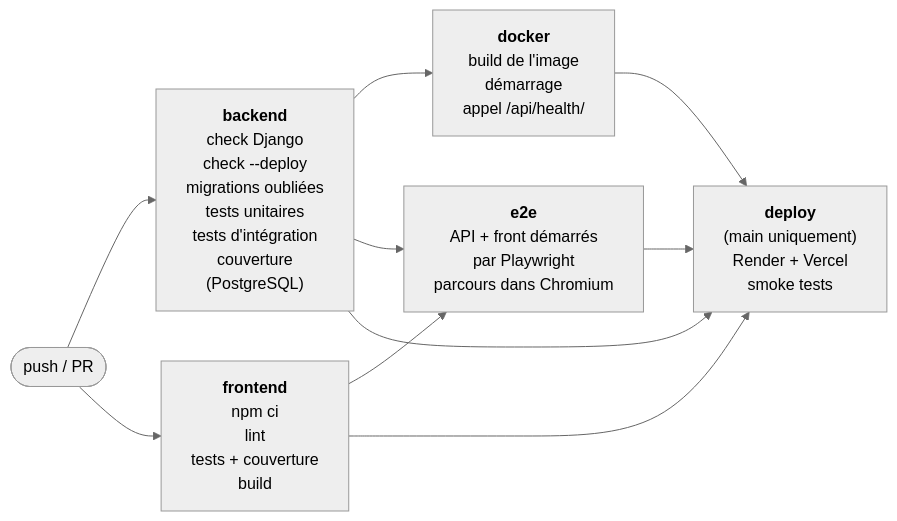
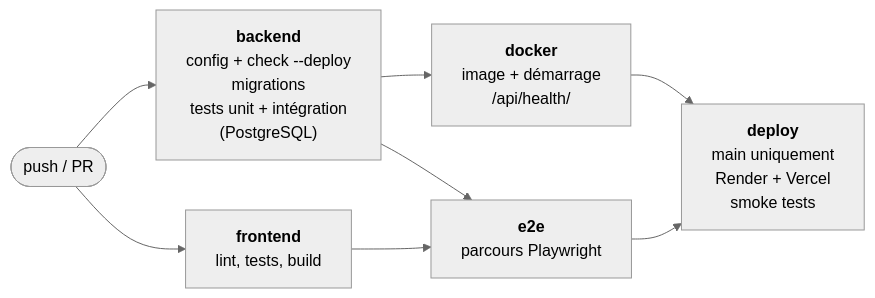
One commit to logandndy/weeb_Logan_donday changed the first of 2 diagrams in docs/REX.md. Above: the diagram before and after it, drawn with Mermaid (neutral theme). The commit also changed other lines of this file and 1 other file, not shown here.

````diff
--- a/docs/REX.md
+++ b/docs/REX.md
@@ -122,18 +71,16 @@
 ```mermaid
 flowchart LR
     push([push / PR]) --> backend
     push --> frontend
     backend --> docker
     backend --> e2e
     frontend --> e2e
-    backend --> deploy
-    frontend --> deploy
     docker --> deploy
     e2e --> deploy
 
-    backend["<b>backend</b><br/>check Django<br/>check --deploy<br/>migrations oubliées<br/>tests unitaires<br/>tests d'intégration<br/>couverture<br/>(PostgreSQL)"]
-    frontend["<b>frontend</b><br/>npm ci<br/>lint<br/>tests + couverture<br/>build"]
-    docker["<b>docker</b><br/>build de l'image<br/>démarrage<br/>appel /api/health/"]
-    e2e["<b>e2e</b><br/>API + front démarrés<br/>par Playwright<br/>parcours dans Chromium"]
-    deploy["<b>deploy</b><br/>(main uniquement)<br/>Render + Vercel<br/>smoke tests"]
+    backend["<b>backend</b><br/>config + check --deploy<br/>migrations<br/>tests unit + intégration<br/>(PostgreSQL)"]
+    frontend["<b>frontend</b><br/>lint, tests, build"]
+    docker["<b>docker</b><br/>image + démarrage<br/>/api/health/"]
+    e2e["<b>e2e</b><br/>parcours Playwright"]
+    deploy["<b>deploy</b><br/>main uniquement<br/>Render + Vercel<br/>smoke tests"]
 ```
````
